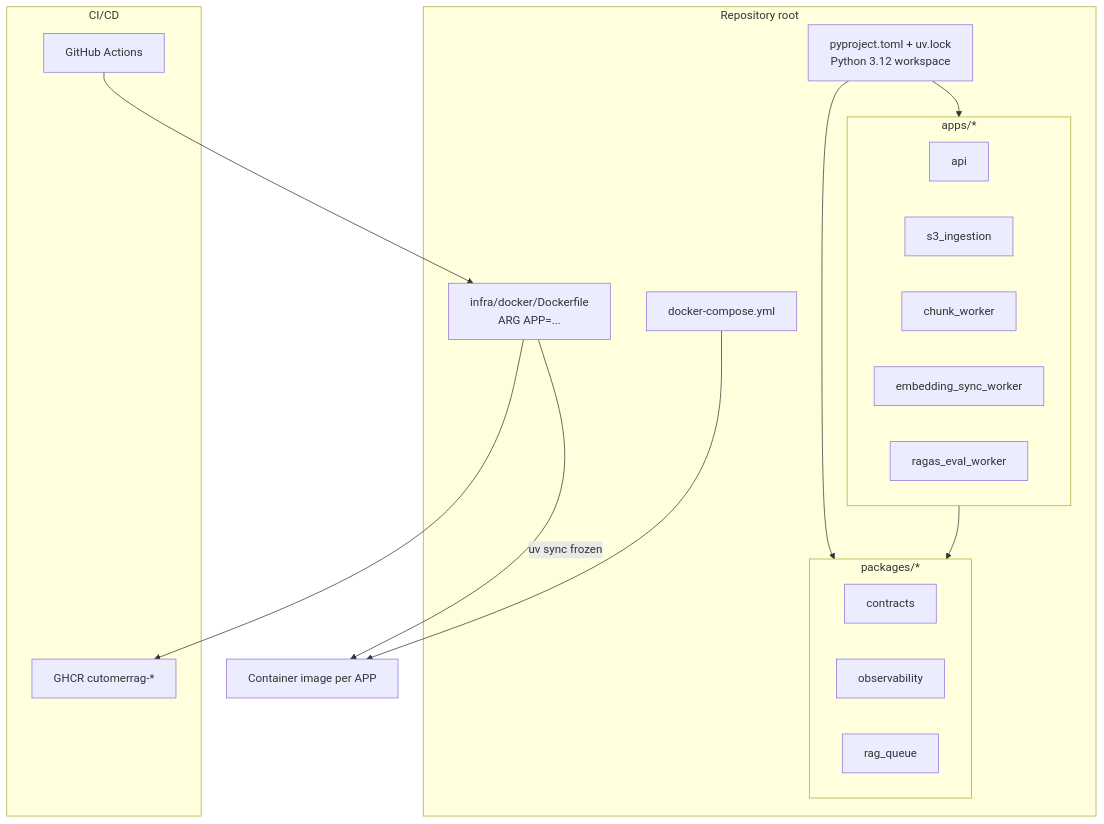
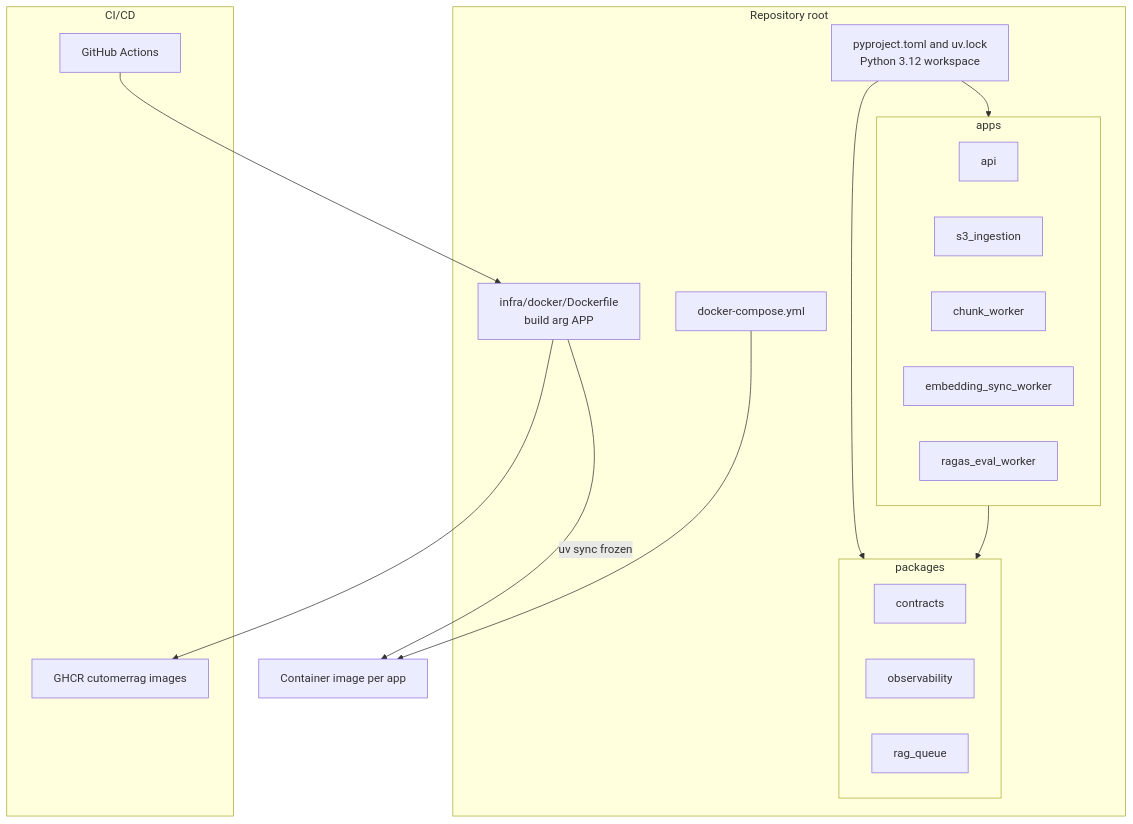
Before and after one commit to DevMittal1/CutomerRAG: the fifth of 7 diagrams in README.md, drawn with Mermaid. The commit also changed other lines of this file, not shown here.

Commit message:
Add architecture

````diff
--- a/README.md
+++ b/README.md
@@ -232,34 +233,34 @@
 ```mermaid
 flowchart TB
     subgraph repo [Repository root]
-        RootPy[pyproject.toml + uv.lock<br/>Python 3.12 workspace]
-        subgraph packages [packages/*]
+        RootPy["pyproject.toml and uv.lock<br/>Python 3.12 workspace"]
+        subgraph packages [packages]
             P1[contracts]
             P2[observability]
             P3[rag_queue]
         end
-        subgraph apps_dir [apps/*]
+        subgraph apps_dir [apps]
             A1[api]
             A2[s3_ingestion]
             A3[chunk_worker]
             A4[embedding_sync_worker]
             A5[ragas_eval_worker]
         end
-        Docker[infra/docker/Dockerfile<br/>ARG APP=...]
+        Docker["infra/docker/Dockerfile<br/>build arg APP"]
         Compose[docker-compose.yml]
     end
 
     RootPy --> packages
     RootPy --> apps_dir
     apps_dir --> packages
 
-    Docker -->|uv sync frozen| Image[Container image per APP]
+    Docker -->|"uv sync frozen"| Image["Container image per app"]
     Compose --> Image
 
     subgraph cicd [CI/CD]
         GH[GitHub Actions]
-        GHCR[GHCR cutomerrag-*]
+        GHCR["GHCR cutomerrag images"]
     end
 
     GH --> Docker --> GHCR
 ```
````
